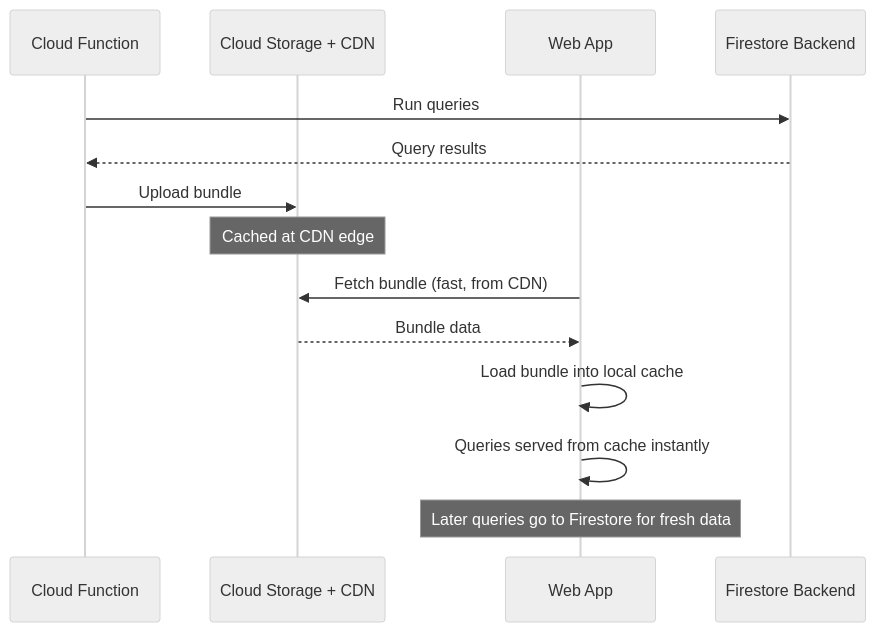
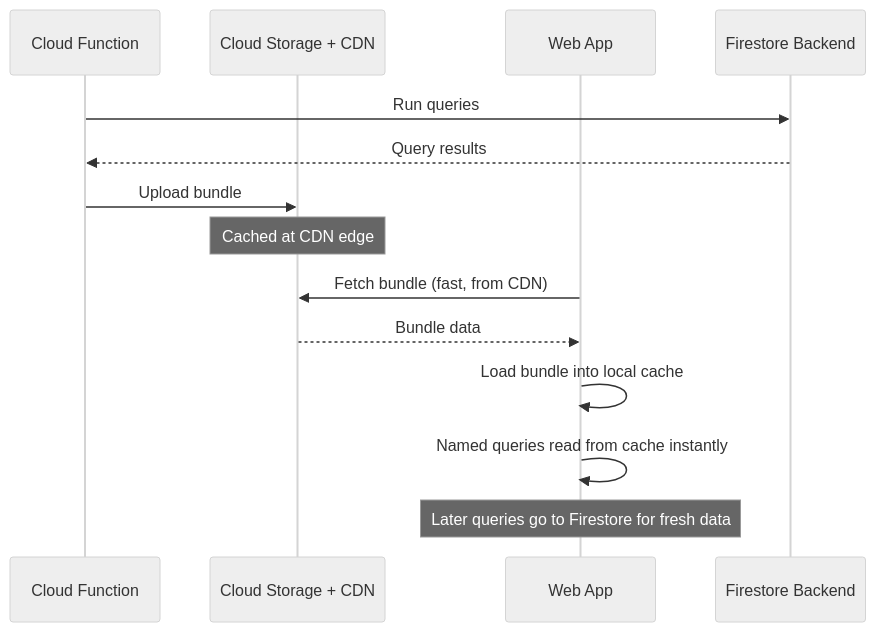
The diagram in posts/2026-02-17-how-to-set-up-firestore-data-bundles-for-faster-initial-page-loads/README.md (OneUptime/blog), drawn with Mermaid (neutral theme) before and after one commit. The commit also changed other lines of this file and 2 other files, not shown here.

````diff
--- a/posts/2026-02-17-how-to-set-up-firestore-data-bundles-for-faster-initial-page-loads/README.md
+++ b/posts/2026-02-17-how-to-set-up-firestore-data-bundles-for-faster-initial-page-loads/README.md
@@ -19,18 +19,18 @@
 ```mermaid
 sequenceDiagram
     participant Server as Cloud Function
     participant Storage as Cloud Storage + CDN
     participant Client as Web App
     participant Firestore as Firestore Backend
 
     Server->>Firestore: Run queries
     Firestore-->>Server: Query results
     Server->>Storage: Upload bundle
     Note over Storage: Cached at CDN edge
 
     Client->>Storage: Fetch bundle (fast, from CDN)
     Storage-->>Client: Bundle data
     Client->>Client: Load bundle into local cache
-    Client->>Client: Queries served from cache instantly
+    Client->>Client: Named queries read from cache instantly
     Note over Client: Later queries go to Firestore for fresh data
 ```
````
